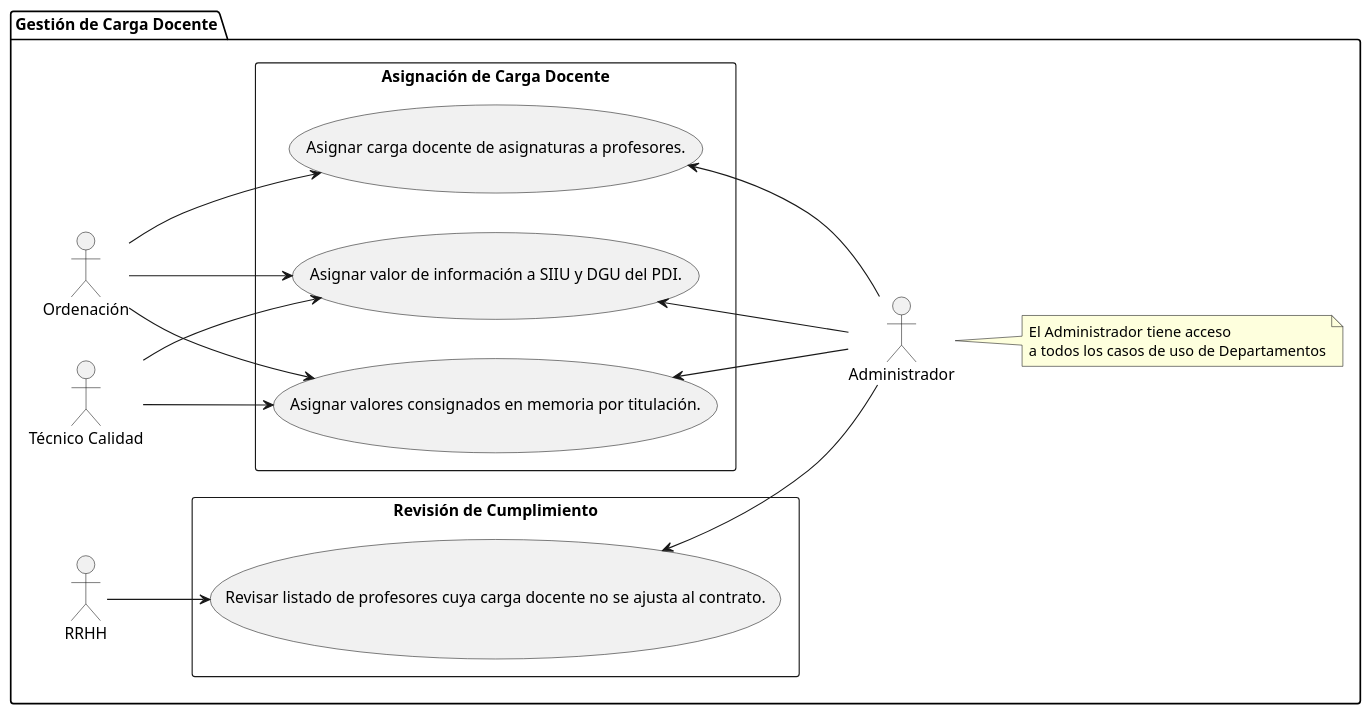
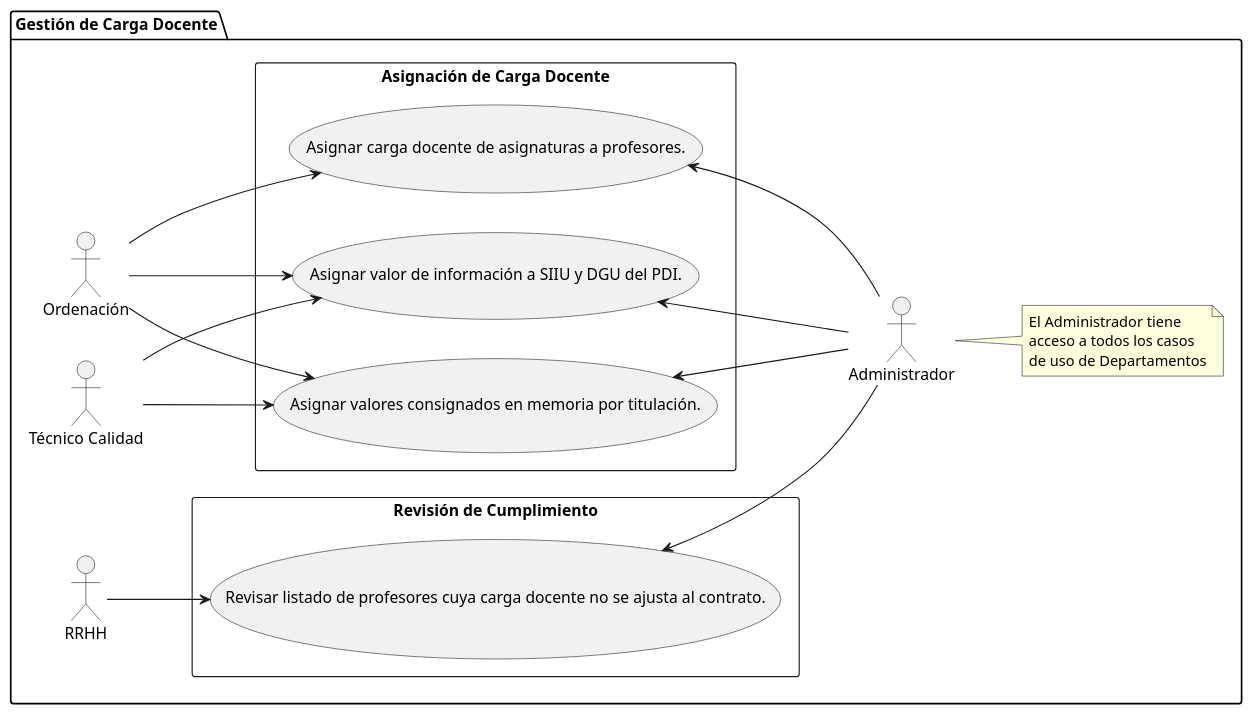
The diagram in modelosUML/CdU/CargaDocente.puml (mmasias/24-25-IdSw1-SDR), drawn with PlantUML before and after one commit. The commit also changed 5 other files, not shown here.

Commit message:
fix alineacion diagramas

```diff
--- a/modelosUML/CdU/CargaDocente.puml
+++ b/modelosUML/CdU/CargaDocente.puml
@@ -1,39 +1,40 @@
 @startuml
 left to right direction
 package "Gestión de Carga Docente" {
   
   actor "Ordenación" as Ordenacion
   actor "Técnico Calidad" as TecnicoCalidad
   actor "RRHH" as RRHH
   actor "Administrador" as Admin
   
   rectangle "Asignación de Carga Docente" {
     usecase "Asignar carga docente de asignaturas a profesores." as CU1
     usecase "Asignar valores consignados en memoria por titulación." as CU2
     usecase "Asignar valor de información a SIIU y DGU del PDI." as CU3
   }
 
   rectangle "Revisión de Cumplimiento" {
     usecase "Revisar listado de profesores cuya carga docente no se ajusta al contrato." as CU4
   }
 
   Ordenacion --> CU1
   Ordenacion --> CU2
   Ordenacion --> CU3
 
   TecnicoCalidad --> CU2
   TecnicoCalidad --> CU3
 
   RRHH --> CU4
 
   CU1 <-- Admin 
   CU2 <-- Admin 
   CU3 <-- Admin 
   CU4 <-- Admin 
 
   note right of Admin
-    El Administrador tiene acceso
-    a todos los casos de uso de Departamentos
+    El Administrador tiene
+    acceso a todos los casos
+    de uso de Departamentos
   end note
 }
 @enduml
```
